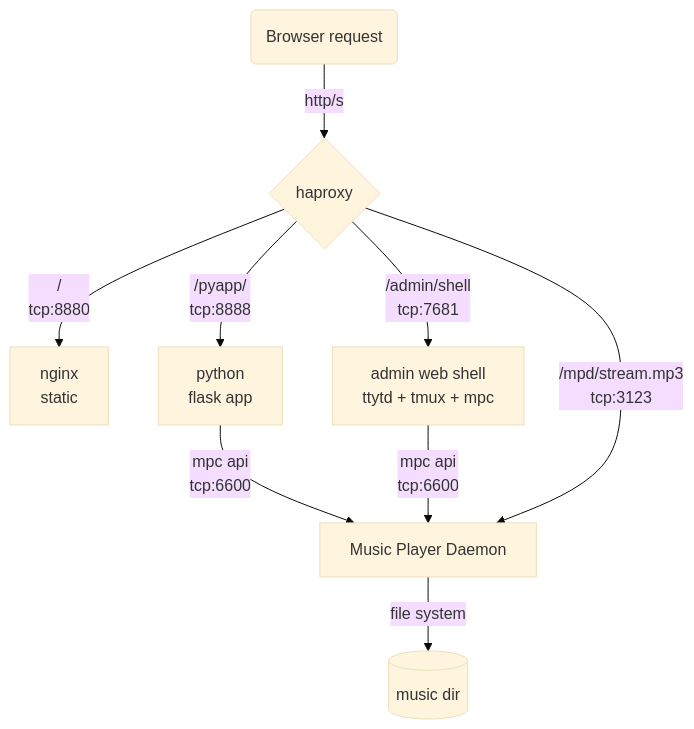
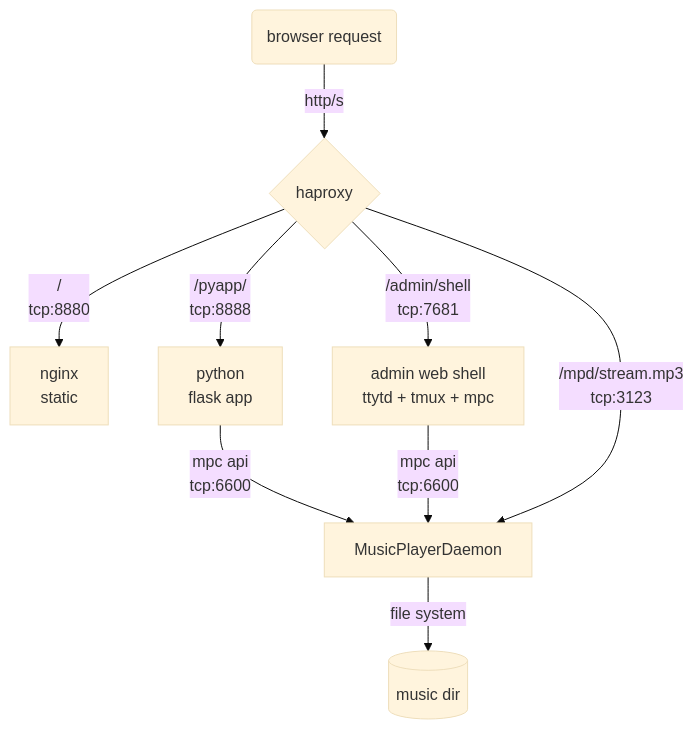
One commit to craig-m/mpcontainer changed the diagram in mpcontainer.mermaid. Above: the diagram before and after it, drawn with Mermaid (base theme). The commit also changed 1 other file, not shown here.

```diff
--- a/mpcontainer.mermaid
+++ b/mpcontainer.mermaid
@@ -1,9 +1,9 @@
 graph TD
-    A(Browser request) -->|http/s| C{haproxy}
+    A(browser request) -->|http/s| C{haproxy}
     C -->|/<br>tcp:8880| D[nginx<br>static]
     C -->|/pyapp/<br>tcp:8888| E[python<br>flask app]
     E -->|mpc api<br>tcp:6600| G
     C -->|/admin/shell<br>tcp:7681| F[admin web shell<br>ttytd + tmux + mpc]
     F -->|mpc api<br>tcp:6600| G
-    C -->|/mpd/stream.mp3<br>tcp:3123| G[Music Player Daemon]
+    C -->|/mpd/stream.mp3<br>tcp:3123| G[MusicPlayerDaemon]
     G -->|file system|J[(music dir)]
```
